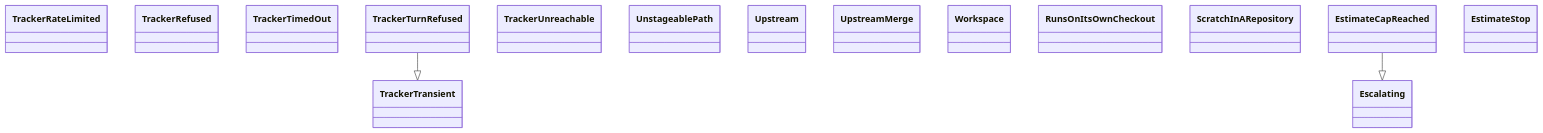
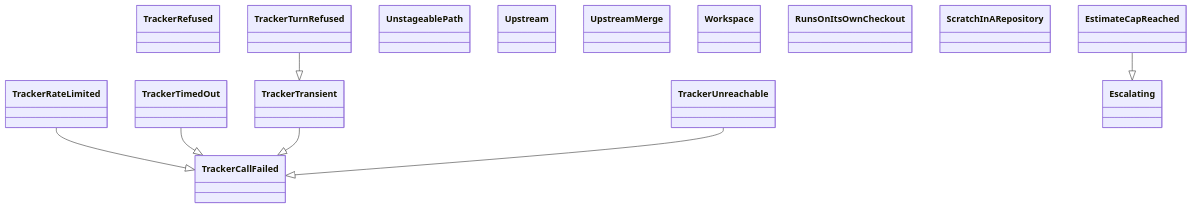
Before and after one commit to GonzaloZevallos/agentic-system: the diagram in docs/architecture/generated/classes-process-application-support-7.md, drawn with Mermaid. The commit also changed other lines of this file and 17 other files, not shown here.

Commit message:
Regenerate the architecture docs after merging main

````diff
--- a/docs/architecture/generated/classes-process-application-support-7.md
+++ b/docs/architecture/generated/classes-process-application-support-7.md
@@ -20,20 +20,24 @@
 ```mermaid
 classDiagram
+    class ports__TrackerCallFailed["TrackerCallFailed"]
     class ports__TrackerRateLimited["TrackerRateLimited"]
     class ports__TrackerRefused["TrackerRefused"]
     class ports__TrackerTimedOut["TrackerTimedOut"]
     class ports__TrackerTransient["TrackerTransient"]
     class ports__TrackerTurnRefused["TrackerTurnRefused"]
     class ports__TrackerUnreachable["TrackerUnreachable"]
     class ports__UnstageablePath["UnstageablePath"]
     class ports__Upstream["Upstream"]
     class ports__UpstreamMerge["UpstreamMerge"]
     class ports__Workspace["Workspace"]
     class preflight__RunsOnItsOwnCheckout["RunsOnItsOwnCheckout"]
     class preflight__ScratchInARepository["ScratchInARepository"]
     class run_role__Escalating["Escalating"]
     class run_role__EstimateCapReached["EstimateCapReached"]
-    class run_role__EstimateStop["EstimateStop"]
+    ports__TrackerRateLimited --|> ports__TrackerCallFailed
+    ports__TrackerTimedOut --|> ports__TrackerCallFailed
+    ports__TrackerTransient --|> ports__TrackerCallFailed
     ports__TrackerTurnRefused --|> ports__TrackerTransient
+    ports__TrackerUnreachable --|> ports__TrackerCallFailed
     run_role__EstimateCapReached --|> run_role__Escalating
 ```
````
